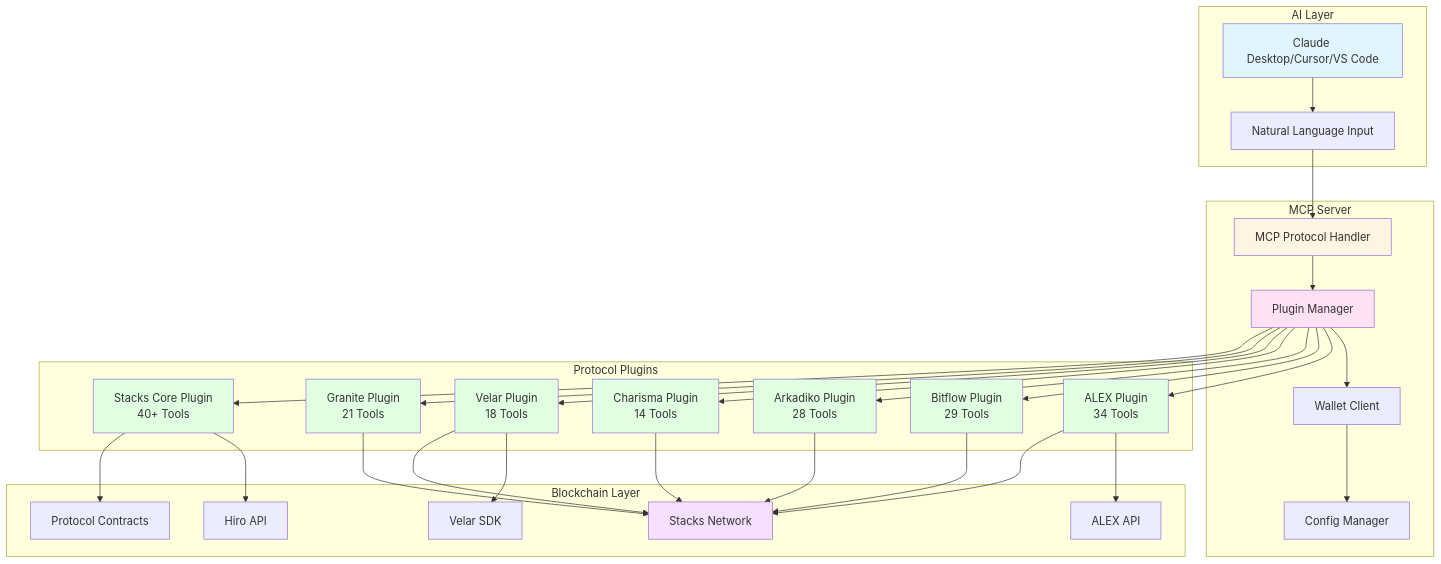
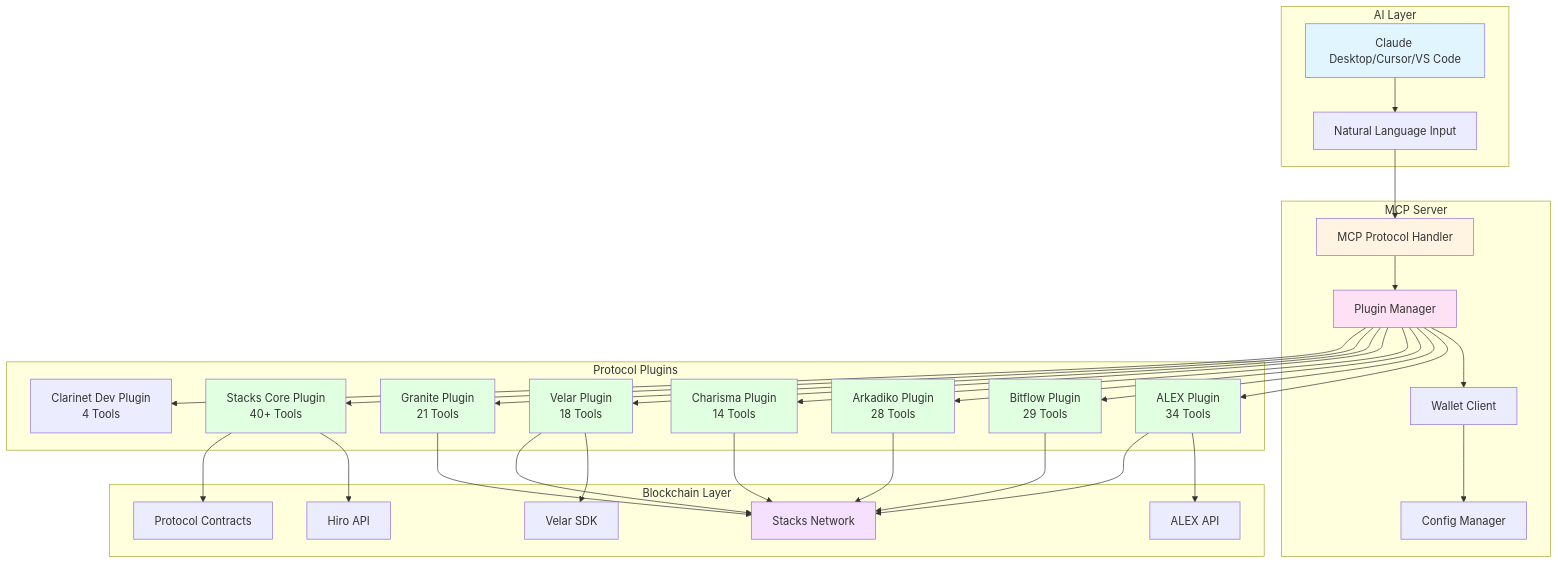
One commit to Stack-AI-MCP/stacks-mcp-server changed the second of 15 diagrams in README.md. Above: the diagram before and after it, drawn with Mermaid. The commit also changed other lines of this file, not shown here.

First line of the commit message:
docs: update README to reflect Clarinet development tools integration

````diff
--- a/README.md
+++ b/README.md
@@ -102,69 +102,71 @@
 ```mermaid
 graph TB
     subgraph "AI Layer"
         A[Claude Desktop/Cursor/VS Code]
         B[Natural Language Input]
     end
 
     subgraph "MCP Server"
         C[MCP Protocol Handler]
         D[Plugin Manager]
         E[Wallet Client]
         F[Config Manager]
     end
 
     subgraph "Protocol Plugins"
         G1[ALEX Plugin<br/>34 Tools]
         G2[Bitflow Plugin<br/>29 Tools]
         G3[Arkadiko Plugin<br/>28 Tools]
         G4[Charisma Plugin<br/>14 Tools]
         G5[Velar Plugin<br/>18 Tools]
         G6[Granite Plugin<br/>21 Tools]
         G7[Stacks Core Plugin<br/>40+ Tools]
+        G8[Clarinet Dev Plugin<br/>4 Tools]
     end
 
     subgraph "Blockchain Layer"
         H1[Stacks Network]
         H2[ALEX API]
         H3[Velar SDK]
         H4[Protocol Contracts]
         H5[Hiro API]
     end
 
     A --> B
     B --> C
     C --> D
     D --> E
     E --> F
 
     D --> G1
     D --> G2
     D --> G3
     D --> G4
     D --> G5
     D --> G6
     D --> G7
+    D --> G8
 
     G1 --> H2
     G1 --> H1
     G2 --> H1
     G3 --> H1
     G4 --> H1
     G5 --> H3
     G5 --> H1
     G6 --> H1
     G7 --> H5
     G7 --> H4
 
     style A fill:#e1f5ff
     style C fill:#fff4e1
     style D fill:#ffe1f5
     style G1 fill:#e1ffe1
     style G2 fill:#e1ffe1
     style G3 fill:#e1ffe1
     style G4 fill:#e1ffe1
     style G5 fill:#e1ffe1
     style G6 fill:#e1ffe1
     style G7 fill:#e1ffe1
     style H1 fill:#f5e1ff
 ```
````
